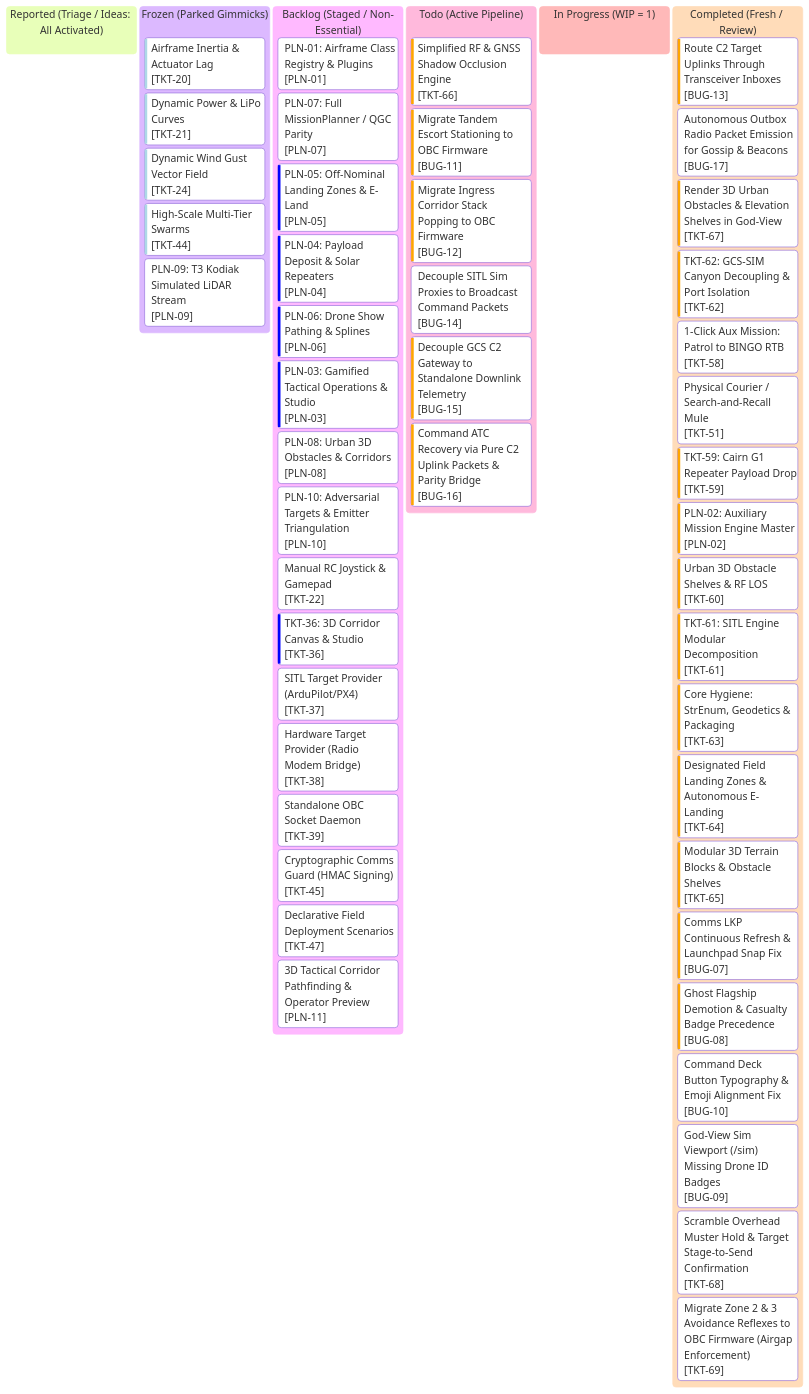
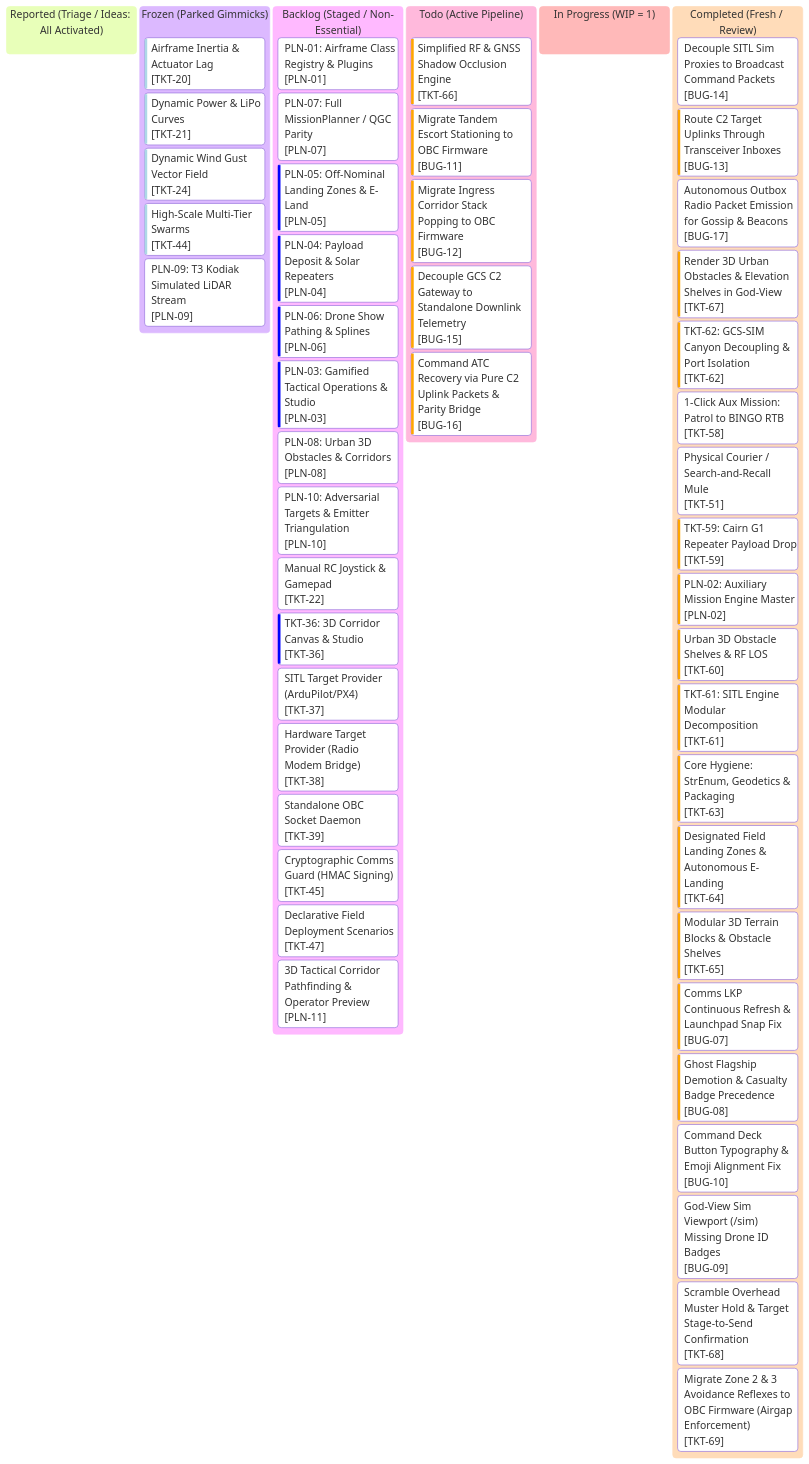
Before and after one commit to AlitheiaDeus/AlitheiaHive: the diagram in roadmap/kanban.md, drawn with Mermaid. The commit also changed other lines of this file and 3 other files, not shown here.

Commit message:
fix(sim): decouple sim proxies to broadcast command packets (BUG-14 / Red 5)

````diff
--- a/roadmap/kanban.md
+++ b/roadmap/kanban.md
@@ -10,75 +10,75 @@
 ```mermaid
 %%{init: {
   'theme': 'base',
   'themeVariables': {
     'primaryColor': '#0d2235',
     'primaryTextColor': '#d4f4ff',
     'primaryBorderColor': '#00f0ff',
     'lineColor': '#00f0ff',
     'background': '#061019',
     'mainBkg': '#0a1926',
     'secondaryColor': '#081420',
     'secondaryTextColor': '#5a7e96',
     'secondaryBorderColor': '#134e6f',
     'tertiaryColor': '#0e263d',
     'tertiaryTextColor': '#00ffaa',
     'tertiaryBorderColor': '#00ffaa',
     'clusterBkg': '#081420',
     'clusterBorder': '#134e6f',
     'fontFamily': "'JetBrains Mono', 'Courier New', monospace"
   }
 }}%%
 kanban
   reported["Reported (Triage / Ideas: All Activated)"]
   frozen["Frozen (Parked Gimmicks)"]
     tkt20["Airframe Inertia & Actuator Lag"]@{ ticket: '[TKT-20]', priority: 'Very Low' }
     tkt21["Dynamic Power & LiPo Curves"]@{ ticket: '[TKT-21]', priority: 'Very Low' }
     tkt24["Dynamic Wind Gust Vector Field"]@{ ticket: '[TKT-24]', priority: 'Very Low' }
     tkt44["High-Scale Multi-Tier Swarms"]@{ ticket: '[TKT-44]', priority: 'Very Low' }
     pln09["PLN-09: T3 Kodiak Simulated LiDAR Stream"]@{ ticket: '[PLN-09]', priority: 'Medium' }
   backlog["Backlog (Staged / Non-Essential)"]
     pln01["PLN-01: Airframe Class Registry & Plugins"]@{ ticket: '[PLN-01]', priority: 'Medium' }
     pln07["PLN-07: Full MissionPlanner / QGC Parity"]@{ ticket: '[PLN-07]', priority: 'Medium' }
     pln05["PLN-05: Off-Nominal Landing Zones & E-Land"]@{ ticket: '[PLN-05]', priority: 'Low' }
     pln04["PLN-04: Payload Deposit & Solar Repeaters"]@{ ticket: '[PLN-04]', priority: 'Low' }
     pln06["PLN-06: Drone Show Pathing & Splines"]@{ ticket: '[PLN-06]', priority: 'Low' }
     pln03["PLN-03: Gamified Tactical Operations & Studio"]@{ ticket: '[PLN-03]', priority: 'Low' }
     pln08["PLN-08: Urban 3D Obstacles & Corridors"]@{ ticket: '[PLN-08]', priority: 'Medium' }
     pln10["PLN-10: Adversarial Targets & Emitter Triangulation"]@{ ticket: '[PLN-10]', priority: 'Medium' }
     tkt22["Manual RC Joystick & Gamepad"]@{ ticket: '[TKT-22]', priority: 'Medium' }
     tkt36["TKT-36: 3D Corridor Canvas & Studio"]@{ ticket: '[TKT-36]', priority: 'Low' }
     tkt37["SITL Target Provider (ArduPilot/PX4)"]@{ ticket: '[TKT-37]', priority: 'Medium' }
     tkt38["Hardware Target Provider (Radio Modem Bridge)"]@{ ticket: '[TKT-38]', priority: 'Medium' }
     tkt39["Standalone OBC Socket Daemon"]@{ ticket: '[TKT-39]', priority: 'Medium' }
     tkt45["Cryptographic Comms Guard (HMAC Signing)"]@{ ticket: '[TKT-45]', priority: 'Medium' }
     tkt47["Declarative Field Deployment Scenarios"]@{ ticket: '[TKT-47]', priority: 'Medium' }
     pln11["3D Tactical Corridor Pathfinding & Operator Preview"]@{ ticket: '[PLN-11]', priority: 'Medium' }
   todo["Todo (Active Pipeline)"]
     tkt66["Simplified RF & GNSS Shadow Occlusion Engine"]@{ ticket: '[TKT-66]', priority: 'High' }
     bug11["Migrate Tandem Escort Stationing to OBC Firmware"]@{ ticket: '[BUG-11]', priority: 'High' }
     bug12["Migrate Ingress Corridor Stack Popping to OBC Firmware"]@{ ticket: '[BUG-12]', priority: 'High' }
-    bug14["Decouple SITL Sim Proxies to Broadcast Command Packets"]@{ ticket: '[BUG-14]', priority: 'Normal' }
     bug15["Decouple GCS C2 Gateway to Standalone Downlink Telemetry"]@{ ticket: '[BUG-15]', priority: 'High' }
     bug16["Command ATC Recovery via Pure C2 Uplink Packets & Parity Bridge"]@{ ticket: '[BUG-16]', priority: 'High' }
   in_progress["In Progress (WIP = 1)"]
   completed["Completed (Fresh / Review)"]
+    bug14["Decouple SITL Sim Proxies to Broadcast Command Packets"]@{ ticket: '[BUG-14]', priority: 'Normal' }
     bug13["Route C2 Target Uplinks Through Transceiver Inboxes"]@{ ticket: '[BUG-13]', priority: 'High' }
     bug17["Autonomous Outbox Radio Packet Emission for Gossip & Beacons"]@{ ticket: '[BUG-17]', priority: 'Normal' }
     tkt67["Render 3D Urban Obstacles & Elevation Shelves in God-View"]@{ ticket: '[TKT-67]', priority: 'High' }
     tkt62["TKT-62: GCS-SIM Canyon Decoupling & Port Isolation"]@{ ticket: '[TKT-62]', priority: 'High' }
     tkt58["1-Click Aux Mission: Patrol to BINGO RTB"]@{ ticket: '[TKT-58]', priority: 'Medium' }
     tkt51["Physical Courier / Search-and-Recall Mule"]@{ ticket: '[TKT-51]', priority: 'Medium' }
     tkt59["TKT-59: Cairn G1 Repeater Payload Drop"]@{ ticket: '[TKT-59]', priority: 'High' }
     pln02["PLN-02: Auxiliary Mission Engine Master"]@{ ticket: '[PLN-02]', priority: 'High' }
     tkt60["Urban 3D Obstacle Shelves & RF LOS"]@{ ticket: '[TKT-60]', priority: 'High' }
     tkt61["TKT-61: SITL Engine Modular Decomposition"]@{ ticket: '[TKT-61]', priority: 'High' }
     tkt63["Core Hygiene: StrEnum, Geodetics & Packaging"]@{ ticket: '[TKT-63]', priority: 'High' }
     tkt64["Designated Field Landing Zones & Autonomous E-Landing"]@{ ticket: '[TKT-64]', priority: 'High' }
     tkt65["Modular 3D Terrain Blocks & Obstacle Shelves"]@{ ticket: '[TKT-65]', priority: 'High' }
     bug07["Comms LKP Continuous Refresh & Launchpad Snap Fix"]@{ ticket: '[BUG-07]', priority: 'High' }
     bug08["Ghost Flagship Demotion & Casualty Badge Precedence"]@{ ticket: '[BUG-08]', priority: 'High' }
     bug10["Command Deck Button Typography & Emoji Alignment Fix"]@{ ticket: '[BUG-10]', priority: 'Normal' }
     bug09["God-View Sim Viewport (/sim) Missing Drone ID Badges"]@{ ticket: '[BUG-09]', priority: 'Normal' }
     tkt68["Scramble Overhead Muster Hold & Target Stage-to-Send Confirmation"]@{ ticket: '[TKT-68]', priority: 'Normal' }
     tkt69["Migrate Zone 2 & 3 Avoidance Reflexes to OBC Firmware (Airgap Enforcement)"]@{ ticket: '[TKT-69]', priority: 'Normal' }
 ```
````
